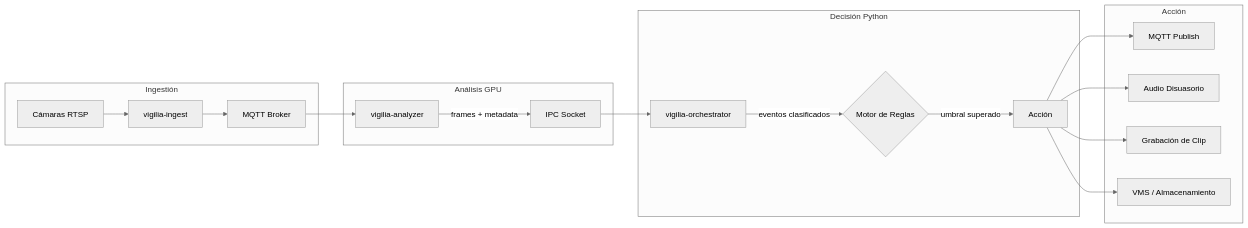
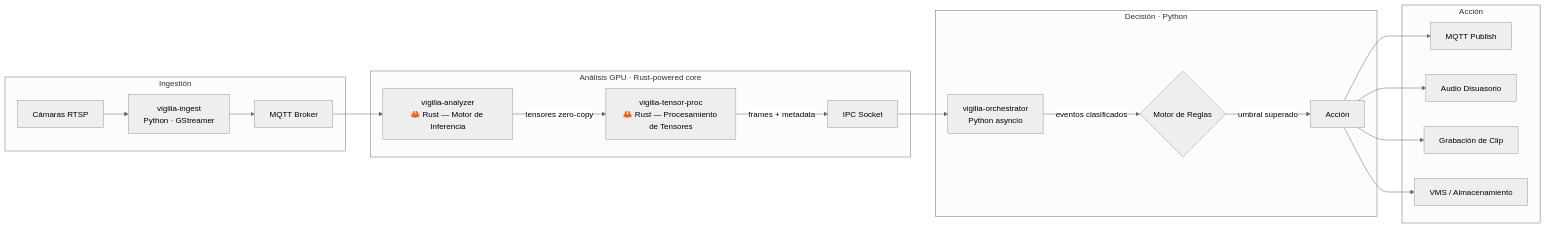
The diagram in README.md (Bajmein/vigilia-reforged-showcase), drawn with Mermaid (neutral theme) before and after one commit. The commit also changed other lines of this file and 1 other file, not shown here.

Commit message:
docs: highlight Rust high-performance core and hybrid architecture

````diff
--- a/README.md
+++ b/README.md
@@ -14,25 +14,26 @@
 ```mermaid
 flowchart LR
     subgraph Ingestión
-        A[Cámaras RTSP] --> B[vigilia-ingest]
+        A[Cámaras RTSP] --> B[vigilia-ingest\nPython · GStreamer]
         B --> C[MQTT Broker]
     end
 
-    subgraph Análisis GPU
-        C --> D[vigilia-analyzer]
-        D -->|frames + metadata| E[IPC Socket]
+    subgraph Análisis_GPU["Análisis GPU · Rust-powered core"]
+        C --> D[vigilia-analyzer\n🦀 Rust — Motor de Inferencia]
+        D -->|tensores zero-copy| E[vigilia-tensor-proc\n🦀 Rust — Procesamiento de Tensores]
+        E -->|frames + metadata| F[IPC Socket]
     end
 
-    subgraph Decisión Python
-        E --> F[vigilia-orchestrator]
-        F -->|eventos clasificados| G{Motor de Reglas}
-        G -->|umbral superado| H[Acción]
+    subgraph Decisión_Python["Decisión · Python"]
+        F --> G[vigilia-orchestrator\nPython asyncio]
+        G -->|eventos clasificados| H{Motor de Reglas}
+        H -->|umbral superado| I[Acción]
     end
 
     subgraph Acción
-        H --> I[MQTT Publish]
-        H --> J[Audio Disuasorio]
-        H --> K[Grabación de Clip]
-        H --> L[VMS / Almacenamiento]
+        I --> J[MQTT Publish]
+        I --> K[Audio Disuasorio]
+        I --> L[Grabación de Clip]
+        I --> M[VMS / Almacenamiento]
     end
 ```
````
